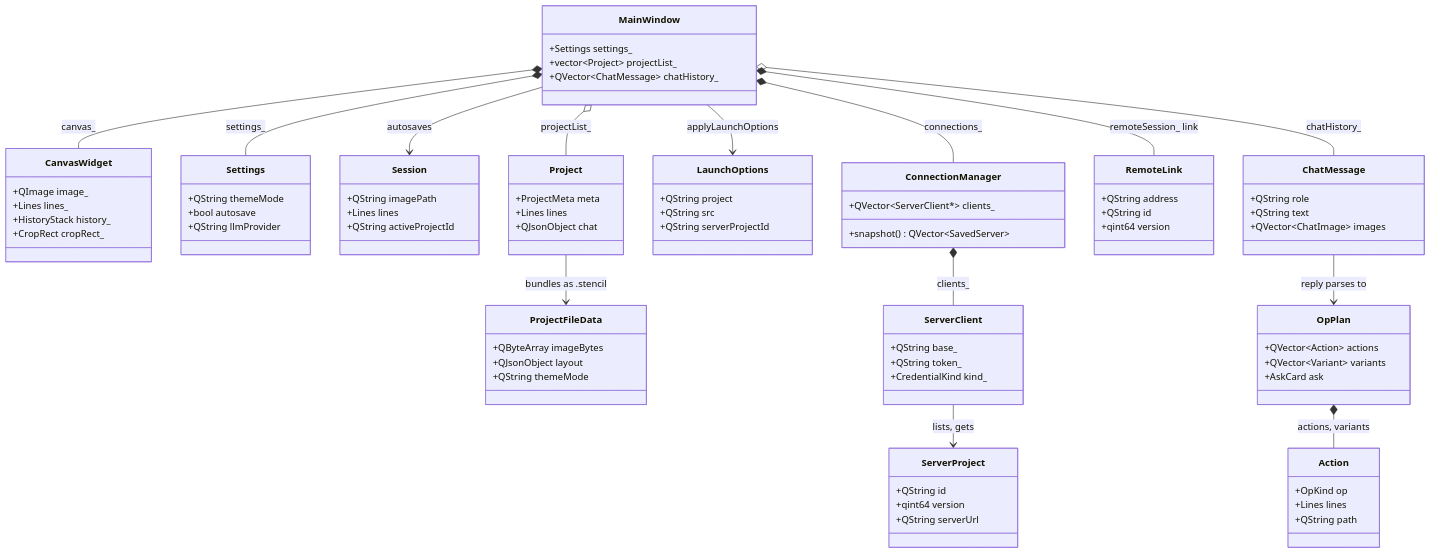
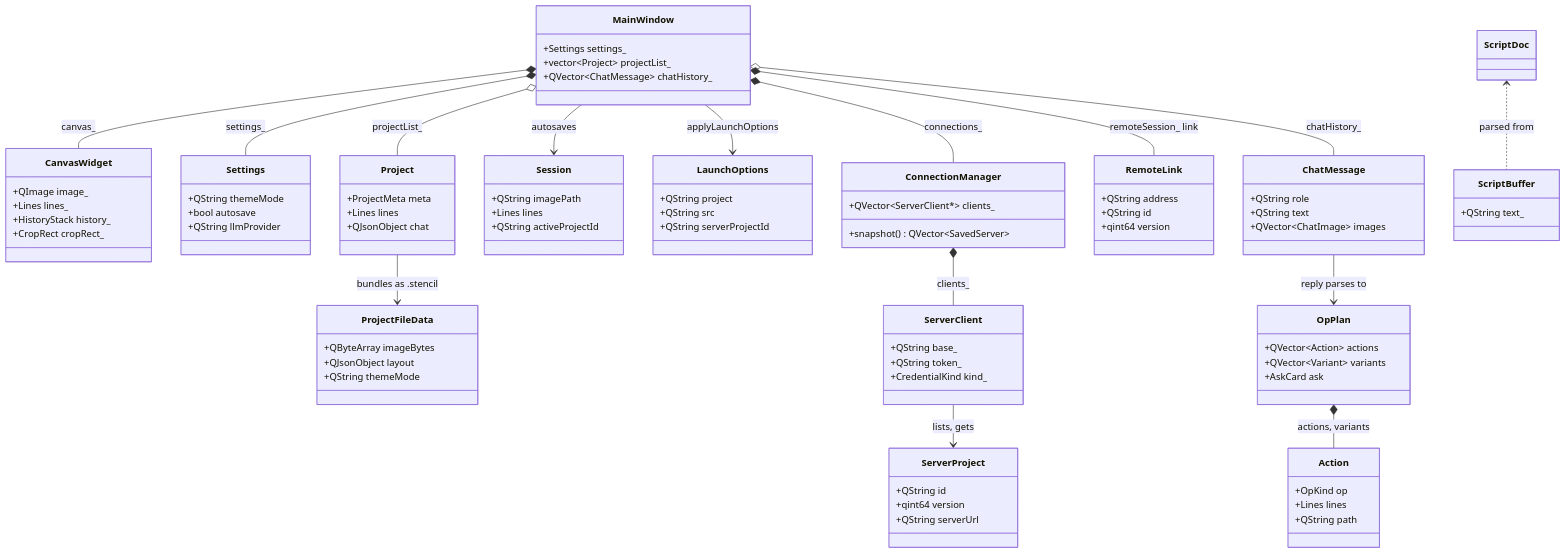
The second of 2 diagrams in desktop/ARCHITECTURE.md (andrew1407/stencil), drawn with Mermaid before and after one commit. The commit also changed other lines of this file and 1001 other files, not shown here.

```diff
--- a/desktop/ARCHITECTURE.md
+++ b/desktop/ARCHITECTURE.md
@@ -89,6 +90,9 @@
       +QByteArray imageBytes
       +QJsonObject layout
       +QString themeMode
+    }
+    class ScriptBuffer {
+      +QString text_
     }
     class LaunchOptions {
       +QString project
@@ -129,6 +133,7 @@
       +Lines lines
       +QString path
     }
+    ScriptDoc <.. ScriptBuffer : parsed from
     MainWindow *-- CanvasWidget : canvas_
     MainWindow *-- Settings : settings_
     MainWindow o-- Project : projectList_
```
